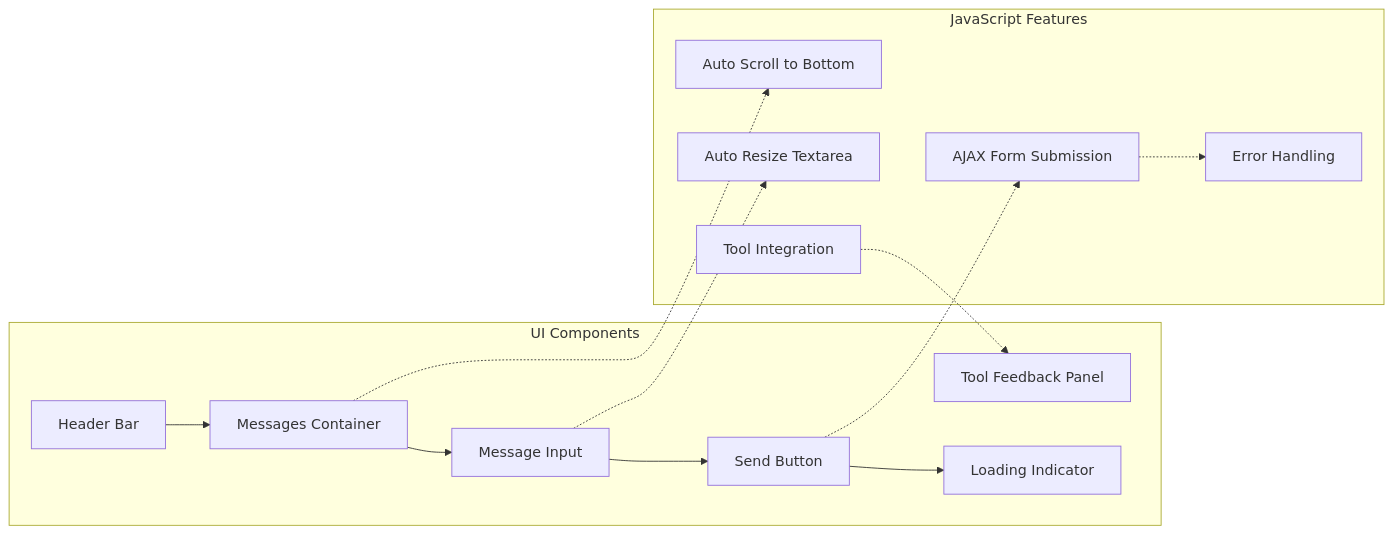
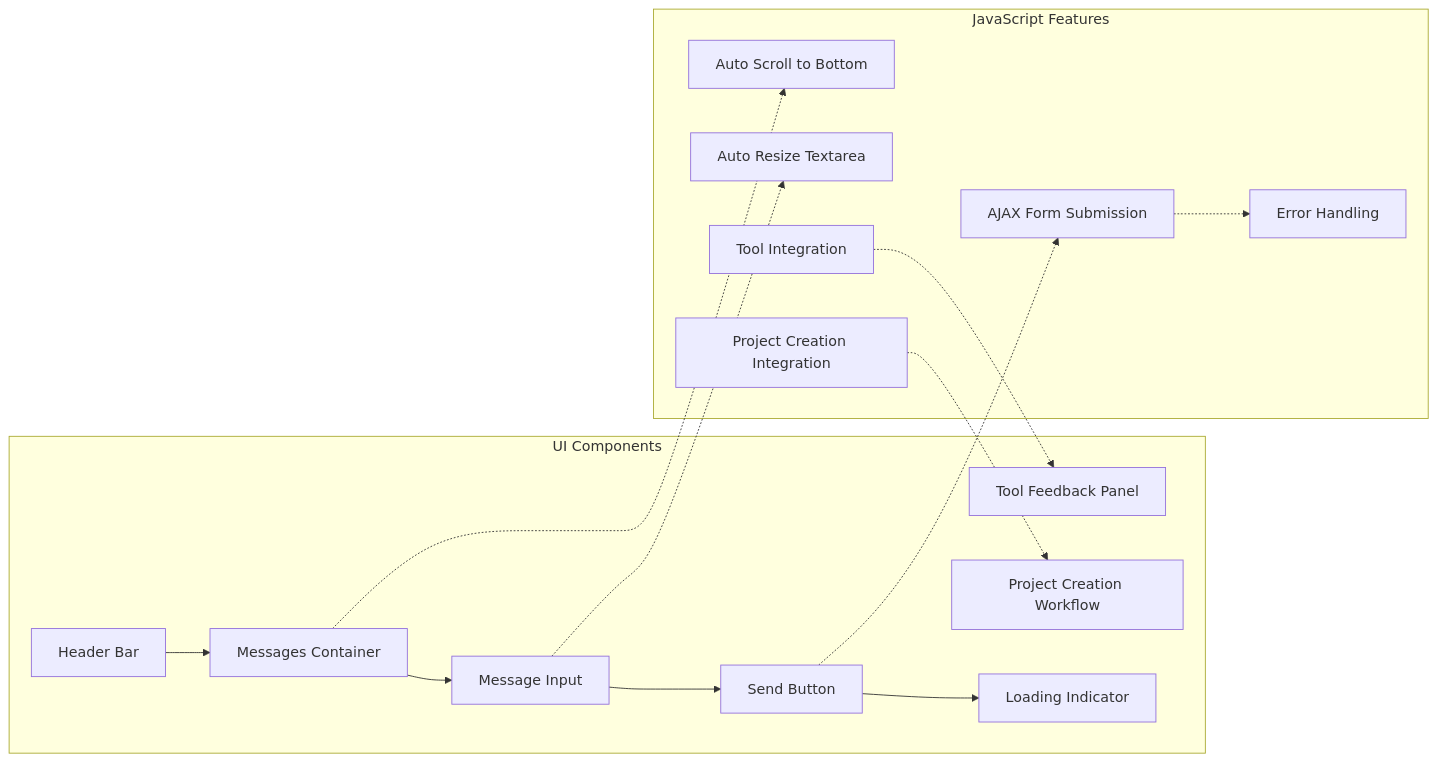
Diagram 19 of 25 in .qoder/repowiki/en/content/AI Integration System/Agent System/DevBot AI Agent System.md (siimliimand/laravel-assistant), drawn with Mermaid before and after one commit. The commit also changed other lines of this file and 3 other files, not shown here.

First line of the commit message:
feat(devbot): add comprehensive project creation capabilities and expand MCP tool suite

````diff
--- a/.qoder/repowiki/en/content/AI Integration System/Agent System/DevBot AI Agent System.md
+++ b/.qoder/repowiki/en/content/AI Integration System/Agent System/DevBot AI Agent System.md
@@ -578,27 +897,30 @@
 ```mermaid
 graph LR
 subgraph "UI Components"
 Header[Header Bar]
 Messages[Messages Container]
 Input[Message Input]
 Button[Send Button]
 Loading[Loading Indicator]
 ToolFeedback[Tool Feedback Panel]
+ProjectWorkflow[Project Creation Workflow]
 end
 subgraph "JavaScript Features"
 AutoScroll[Auto Scroll to Bottom]
 AutoResize[Auto Resize Textarea]
 AJAX[AJAX Form Submission]
 ErrorHandling[Error Handling]
 ToolIntegration[Tool Integration]
+ProjectIntegration[Project Creation Integration]
 end
 Header --> Messages
 Messages --> Input
 Input --> Button
 Button --> Loading
 Messages -.-> AutoScroll
 Input -.-> AutoResize
 Button -.-> AJAX
 AJAX -.-> ErrorHandling
 ToolIntegration -.-> ToolFeedback
+ProjectIntegration -.-> ProjectWorkflow
 ```
````
